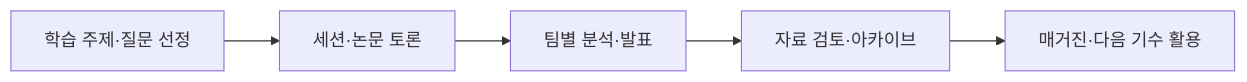
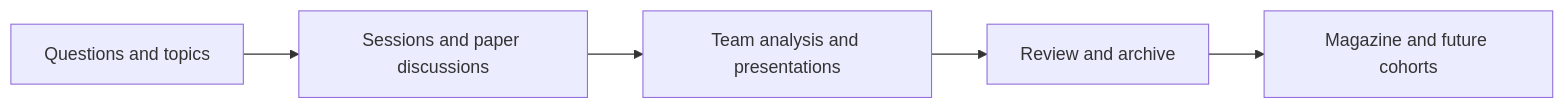
Before and after one commit to jameshui0228/data-analysis-portfolio: the diagram in projects/sda-leadership.md, drawn with Mermaid. The commit also changed other lines of this file and 21 other files, not shown here.

````diff
--- a/projects/sda-leadership.md
+++ b/projects/sda-leadership.md
@@ -20,7 +22,7 @@
 ```mermaid
 flowchart LR
-  A[학습 주제·질문 선정] --> B[세션·논문 토론]
-  B --> C[팀별 분석·발표]
-  C --> D[자료 검토·아카이브]
-  D --> E[매거진·다음 기수 활용]
+  A[Questions and topics] --> B[Sessions and paper discussions]
+  B --> C[Team analysis and presentations]
+  C --> D[Review and archive]
+  D --> E[Magazine and future cohorts]
 ```
````
